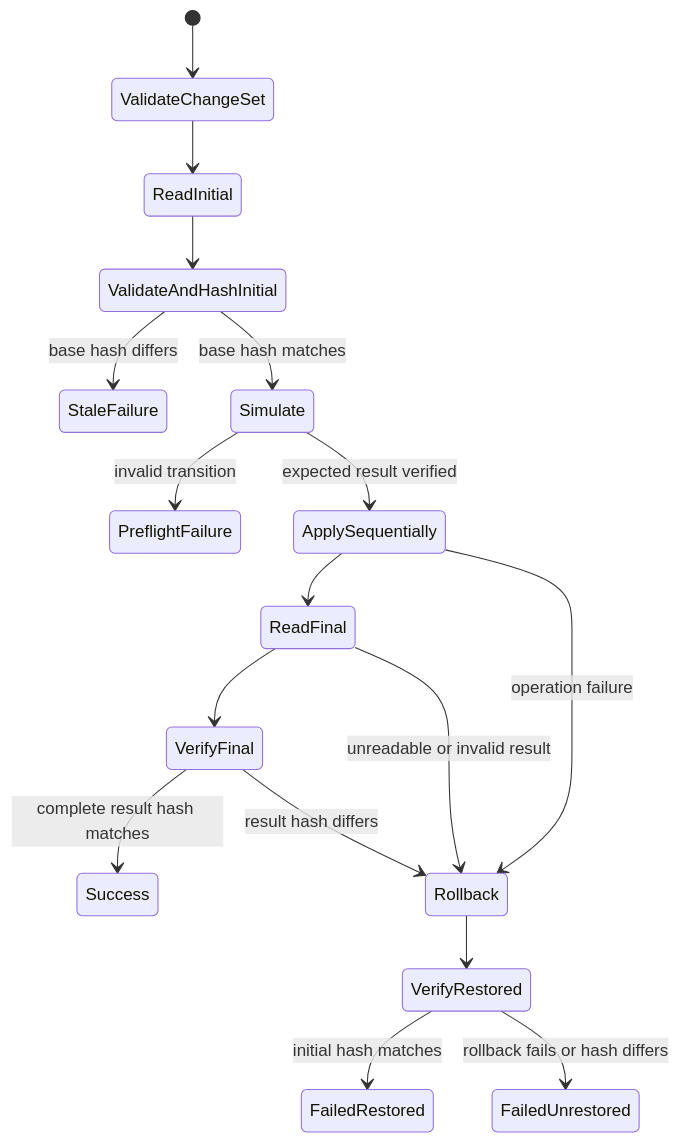
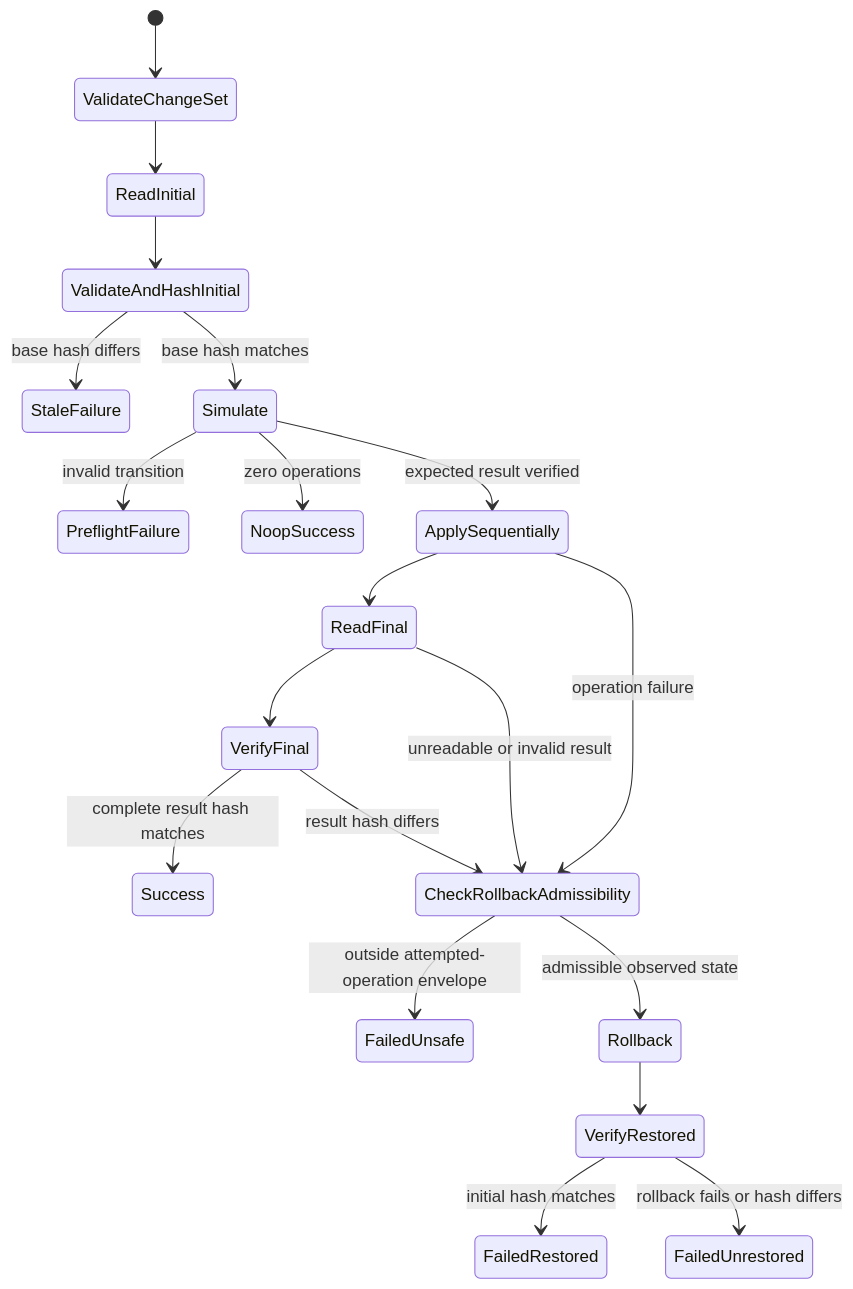
The third of 3 diagrams in docs/architecture/roblox-compiler.md (kotonja/Worldwright), drawn with Mermaid before and after one commit. The commit also changed other lines of this file and 13 other files, not shown here.

````diff
--- a/docs/architecture/roblox-compiler.md
+++ b/docs/architecture/roblox-compiler.md
@@ -175,19 +202,22 @@
 ```mermaid
 stateDiagram-v2
     [*] --> ValidateChangeSet
     ValidateChangeSet --> ReadInitial
     ReadInitial --> ValidateAndHashInitial
     ValidateAndHashInitial --> StaleFailure: base hash differs
     ValidateAndHashInitial --> Simulate: base hash matches
     Simulate --> PreflightFailure: invalid transition
+    Simulate --> NoopSuccess: zero operations
     Simulate --> ApplySequentially: expected result verified
     ApplySequentially --> ReadFinal
     ReadFinal --> VerifyFinal
     VerifyFinal --> Success: complete result hash matches
-    ApplySequentially --> Rollback: operation failure
-    ReadFinal --> Rollback: unreadable or invalid result
-    VerifyFinal --> Rollback: result hash differs
+    ApplySequentially --> CheckRollbackAdmissibility: operation failure
+    ReadFinal --> CheckRollbackAdmissibility: unreadable or invalid result
+    VerifyFinal --> CheckRollbackAdmissibility: result hash differs
+    CheckRollbackAdmissibility --> FailedUnsafe: outside attempted-operation envelope
+    CheckRollbackAdmissibility --> Rollback: admissible observed state
     Rollback --> VerifyRestored
     VerifyRestored --> FailedRestored: initial hash matches
     VerifyRestored --> FailedUnrestored: rollback fails or hash differs
 ```
````
